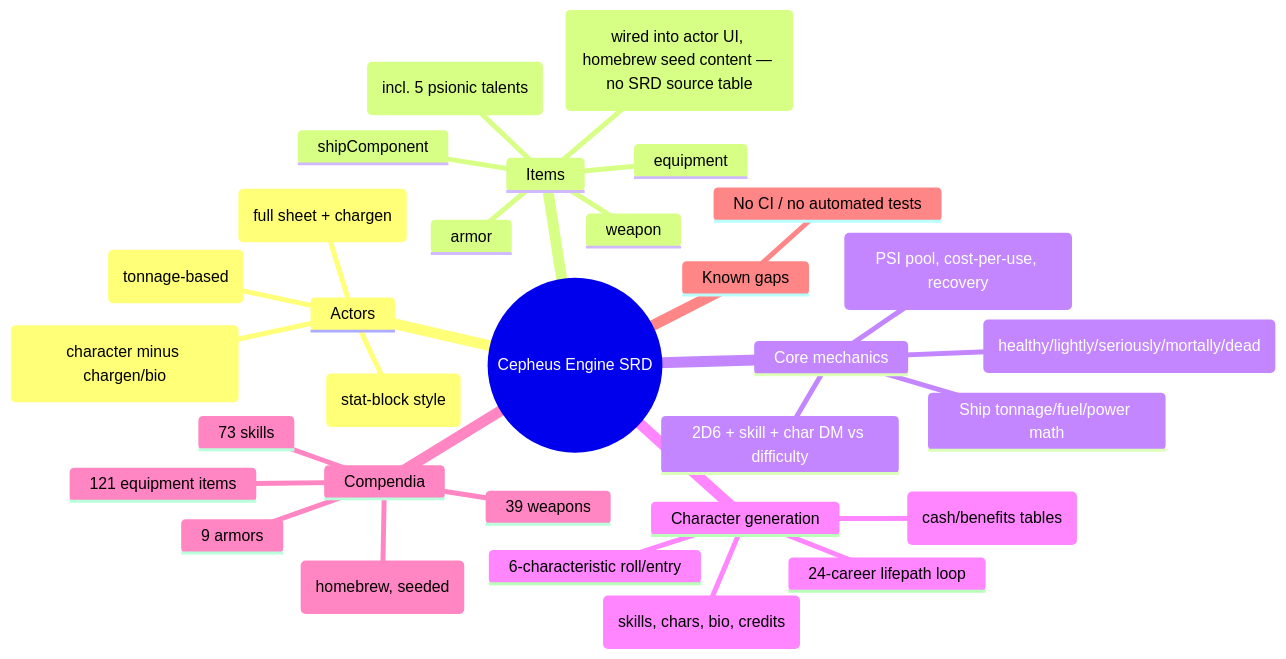
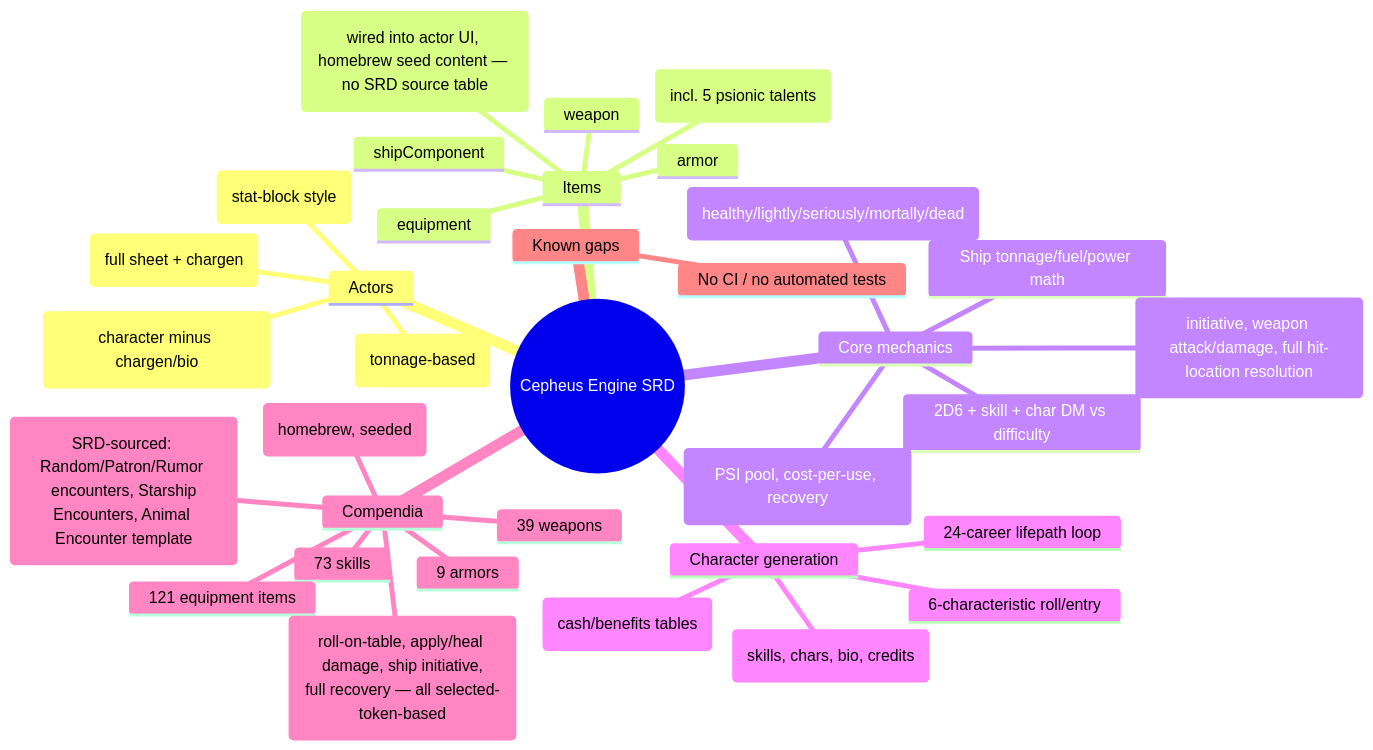
One commit to JoshuaErney/cepheus-engine changed the diagram in PROJECT_STATUS.md. Above: the diagram before and after it, drawn with Mermaid. The commit also changed other lines of this file and 16 other files, not shown here.

First line of the commit message:
Add full space-combat resolution, deduped wound-state logic, and a macro/table library

````diff
--- a/PROJECT_STATUS.md
+++ b/PROJECT_STATUS.md
@@ -16,34 +16,39 @@
 ```mermaid
 mindmap
   root((Cepheus Engine SRD))
     Actors
       character (full sheet + chargen)
       npc (character minus chargen/bio)
       creature (stat-block style)
       ship (tonnage-based)
     Items
       skill (incl. 5 psionic talents)
       weapon
       armor
       equipment
       augment (wired into actor UI, homebrew seed content — no SRD source table)
       shipComponent
     Core mechanics
       2D6 + skill + char DM vs difficulty
       Wound states (healthy/lightly/seriously/mortally/dead)
       Psionics (PSI pool, cost-per-use, recovery)
       Ship tonnage/fuel/power math
+      Space combat (initiative, weapon attack/damage, full hit-location resolution)
     Character generation
       6-characteristic roll/entry
       24-career lifepath loop
       Muster-out (cash/benefits tables)
       Apply-to-actor (skills, chars, bio, credits)
     Compendia
       73 skills
       39 weapons
       9 armors
       121 equipment items
       12 augments (homebrew, seeded)
+      5 GM rollable tables (SRD-sourced: Random/Patron/Rumor encounters, Starship
+        Encounters, Animal Encounter template)
+      5 ready-to-use macros (roll-on-table, apply/heal damage, ship initiative,
+        full recovery — all selected-token-based)
     Known gaps
       No CI / no automated tests
 ```
````
